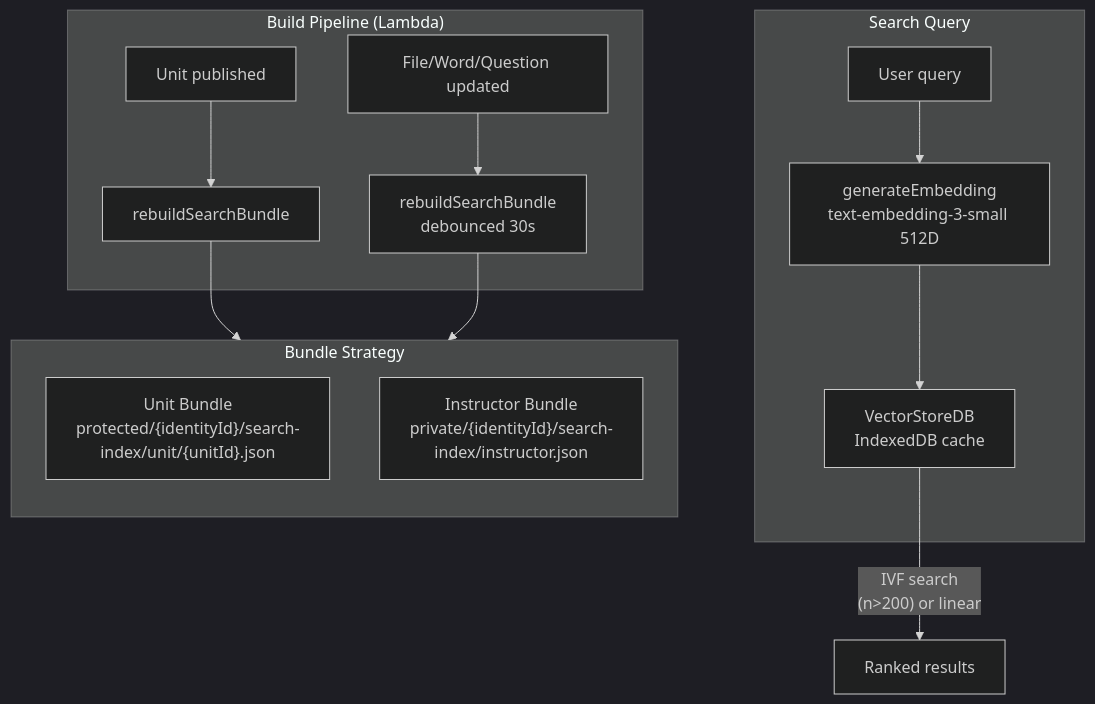
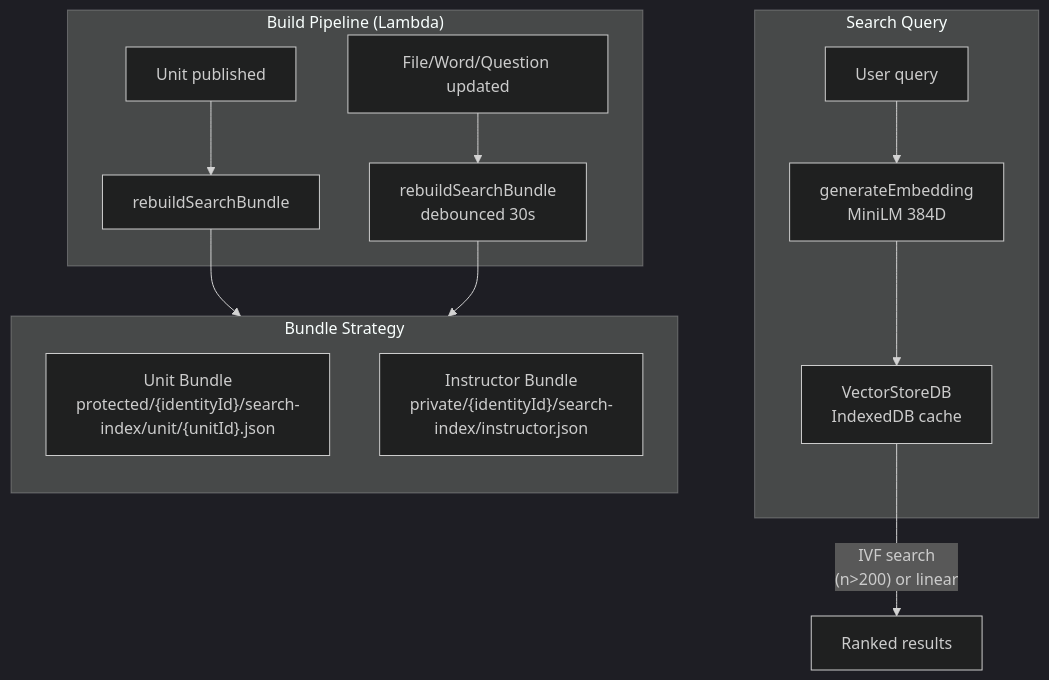
Before and after one commit to ExcitingTheory/amplify-homework-supply: the diagram in docs/SEARCH_ARCHITECTURE.md, drawn with Mermaid (dark theme). The commit also changed other lines of this file and 487 other files, not shown here.

````diff
--- a/docs/SEARCH_ARCHITECTURE.md
+++ b/docs/SEARCH_ARCHITECTURE.md
@@ -11,22 +11,22 @@
 ```mermaid
 graph TB
     subgraph "Search Query"
-        Q[User query] --> E[generateEmbedding<br/>text-embedding-3-small 512D]
+        Q[User query] --> E[generateEmbedding<br/>MiniLM 384D]
         E --> VS[VectorStoreDB<br/>IndexedDB cache]
     end
 
     subgraph "Bundle Strategy"
         direction TB
         UB["Unit Bundle<br/>protected/{identityId}/search-index/unit/{unitId}.json"]
         IB["Instructor Bundle<br/>private/{identityId}/search-index/instructor.json"]
     end
 
     subgraph "Build Pipeline (Lambda)"
         PUB[Unit published] --> RB[rebuildSearchBundle]
         RB --> UB
         UPD[File/Word/Question updated] --> RBI[rebuildSearchBundle<br/>debounced 30s]
         RBI --> IB
     end
 
     VS --> |"IVF search<br/>(n>200) or linear"| R[Ranked results]
 ```
````
